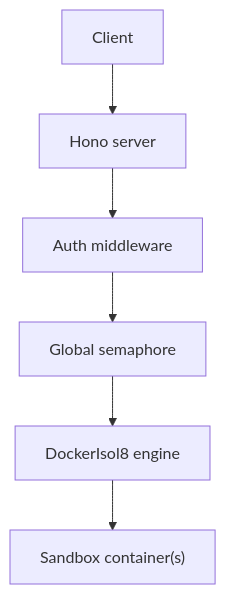
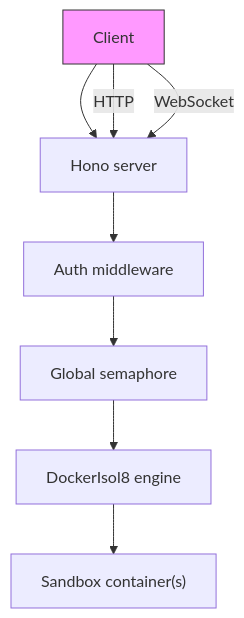
One commit to Illusion47586/isol8 changed the diagram in apps/docs/server/overview.mdx. Above: the diagram before and after it, drawn with Mermaid. The commit also changed other lines of this file and 20 other files, not shown here.

First line of the commit message:
feat(server): add WebSocket endpoint for execution streaming (#91)

````diff
--- a/apps/docs/server/overview.mdx
+++ b/apps/docs/server/overview.mdx
@@ -35,8 +36,12 @@
 ```mermaid
 flowchart TD
   A["Client"] --> B["Hono server"]
   B --> C["Auth middleware"]
   C --> D["Global semaphore"]
   D --> E["DockerIsol8 engine"]
   E --> F["Sandbox container(s)"]
+
+  style A fill:#f9f,stroke:#333
+  A -- "HTTP" --> B
+  A -- "WebSocket" --> B
 ```
````
